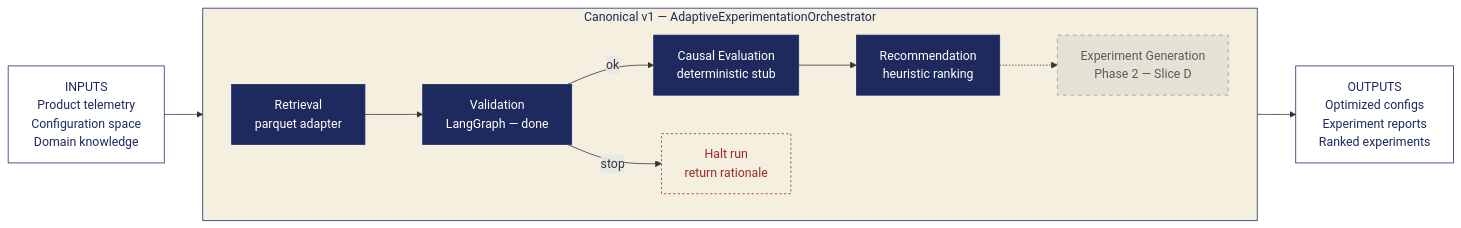
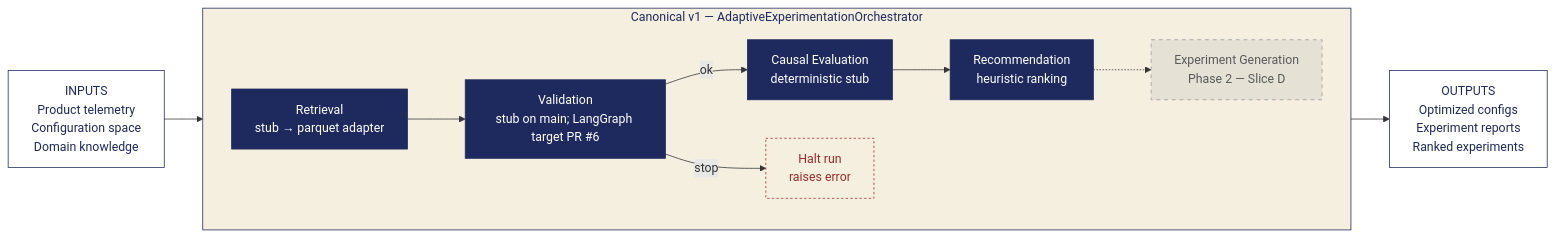
One commit to anushkamathur14-cloud/Dell-Capstone changed the second of 3 diagrams in docs/architecture_diagrams.md. Above: the diagram before and after it, drawn with Mermaid. The commit also changed other lines of this file, not shown here.

First line of the commit message:
Align architecture diagrams with canonical v1 and current main

````diff
--- a/docs/architecture_diagrams.md
+++ b/docs/architecture_diagrams.md
@@ -58,36 +62,36 @@
 ```mermaid
 flowchart LR
     IN["INPUTS<br/>Product telemetry<br/>Configuration space<br/>Domain knowledge"]
 
     subgraph V1["Canonical v1 — AdaptiveExperimentationOrchestrator"]
         direction LR
-        R["Retrieval<br/>parquet adapter"]
-        V["Validation<br/>LangGraph — done"]
+        R["Retrieval<br/>stub → parquet adapter"]
+        V["Validation<br/>stub on main; LangGraph target PR #6"]
         C["Causal Evaluation<br/>deterministic stub"]
         RC["Recommendation<br/>heuristic ranking"]
-        STOP["Halt run<br/>return rationale"]
+        STOP["Halt run<br/>raises error"]
         EG["Experiment Generation<br/>Phase 2 — Slice D"]
 
         R --> V
         V -- "ok" --> C --> RC
         V -- "stop" --> STOP
         RC -.-> EG
     end
 
     OUT["OUTPUTS<br/>Optimized configs<br/>Experiment reports<br/>Ranked experiments"]
 
     IN --> R
     RC --> OUT
 
     classDef skill fill:#1E2A5E,stroke:#1E2A5E,color:#ffffff
     classDef io fill:#ffffff,stroke:#1E2A5E,color:#1E2A5E
     classDef cluster fill:#F5EFE0,stroke:#1E2A5E,color:#1E2A5E
     classDef deferred fill:#E5E1D5,stroke:#9A9A9A,color:#5A5A5A,stroke-dasharray:5 5
     classDef stop fill:#F5EFE0,stroke:#9A2A2A,color:#9A2A2A,stroke-dasharray:3 3
 
     class R,V,C,RC skill
     class IN,OUT io
     class V1 cluster
     class EG deferred
     class STOP stop
 ```
````
